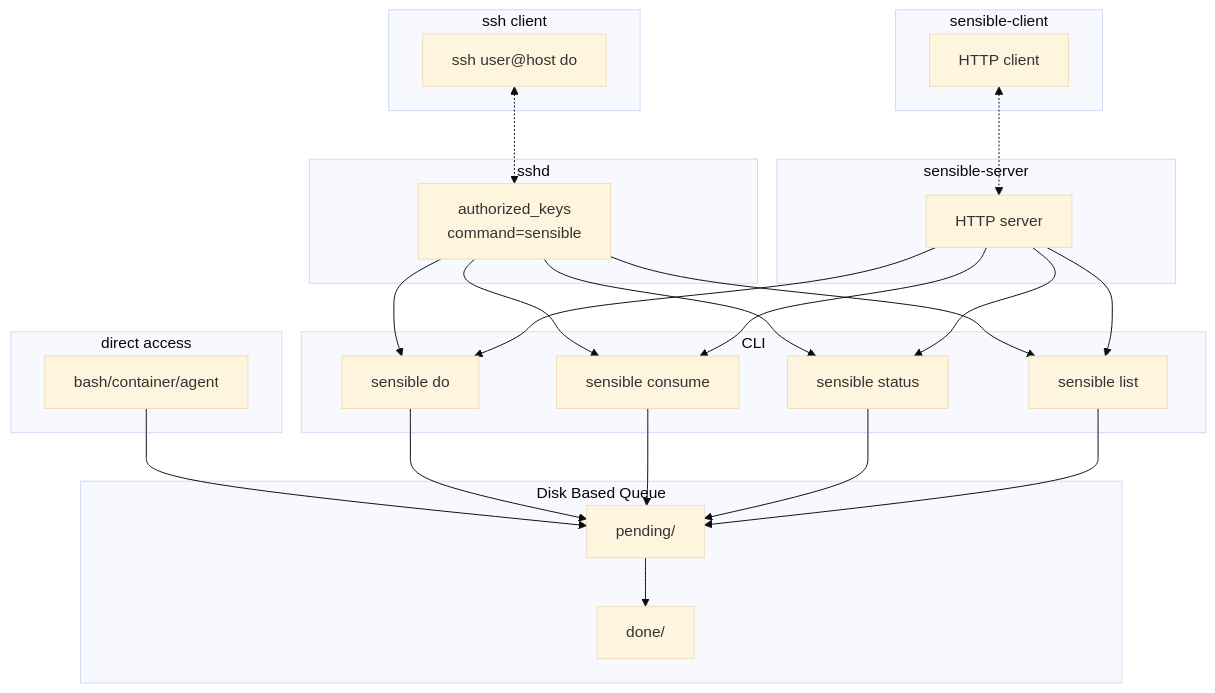
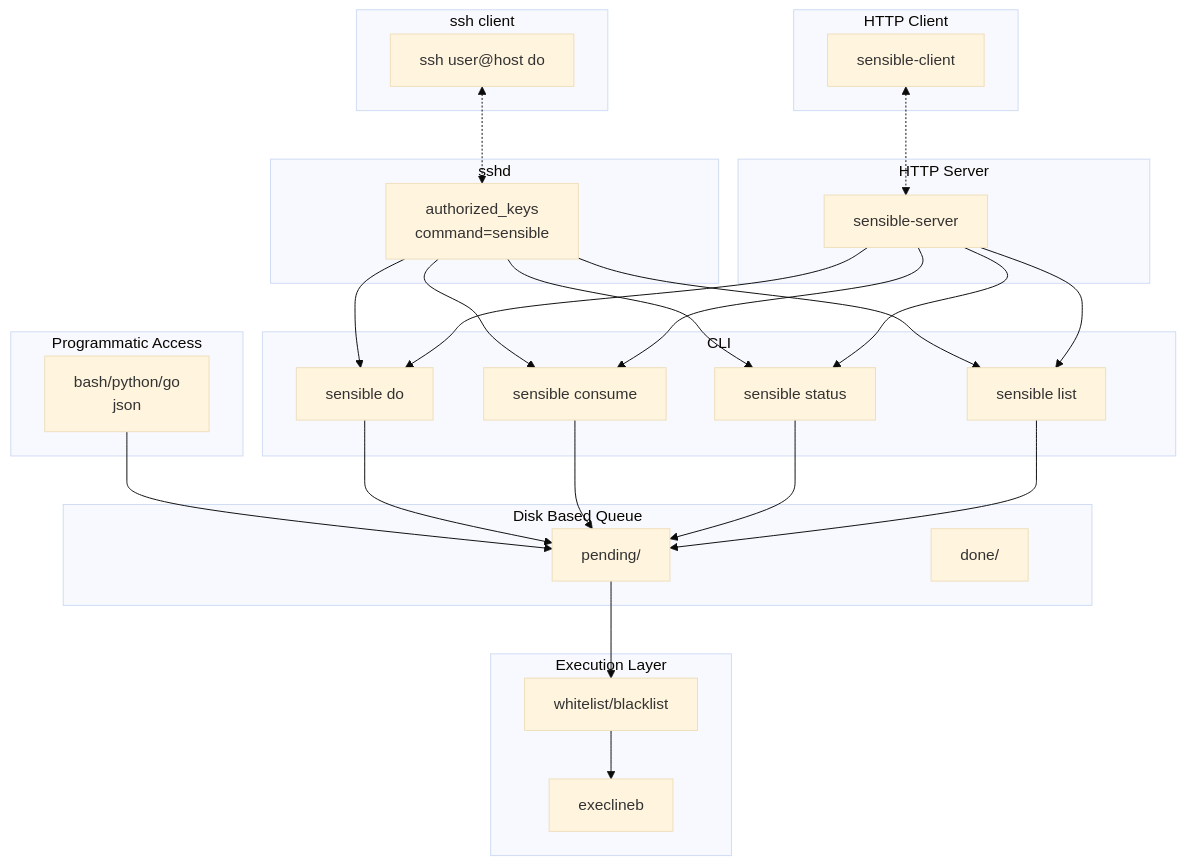
Before and after one commit to keithy/sensible: the diagram in README.md, drawn with Mermaid (base theme). The commit also changed other lines of this file, not shown here.

````diff
--- a/README.md
+++ b/README.md
@@ -11,43 +22,49 @@
 ```mermaid
 graph TB
     subgraph SSHCLIENT["ssh client"]
         SSHCMD["ssh user@host do"]
     end
 
     subgraph SSHDAEMON["sshd"]
         DAEMON["authorized_keys<br/>command=sensible"]
     end
 
-    subgraph HTTPCLIENT["sensible-client"]
-        CLIENT["HTTP client"]
+    subgraph HTTPCLIENT["HTTP Client"]
+        CLIENT["sensible-client"]
     end
 
-    subgraph HTTPSERVER["sensible-server"]
-        SERVER["HTTP server"]
+    subgraph HTTPSERVER["HTTP Server"]
+        SERVER["sensible-server"]
     end
 
     SSHCMD <-.-> DAEMON
     CLIENT <-.-> SERVER
 
     subgraph CLI["CLI"]
         DOCOM["sensible do"]
         CONSCOM["sensible consume"]
         STATCOM["sensible status"]
         LISTCOM["sensible list"]
     end
 
-    subgraph DIRECT["direct access"]
-        DIRECTBOX["bash/container/agent"]
-    end
-
     subgraph Disk["Disk Based Queue"]
         PEN["pending/"]
         DON["done/"]
+    end
+
+    subgraph PROG["Programmatic Access"]
+        DIRECTBOX["bash/python/go<br/>json"]
+    end
+
+    subgraph EXEC["Execution Layer"]
+        WLB["whitelist/blacklist"]
+        EXECCMD["execlineb"]
+        WLB --> EXECCMD
     end
 
     DIRECTBOX --> PEN
 
     DAEMON --> DOCOM & CONSCOM & STATCOM & LISTCOM
     SERVER --> DOCOM & CONSCOM & STATCOM & LISTCOM
-    DOCOM & CONSCOM & STATCOM & LISTCOM --> PEN --> DON
+    DOCOM & CONSCOM & STATCOM & LISTCOM --> PEN --> WLB
 ```
````
